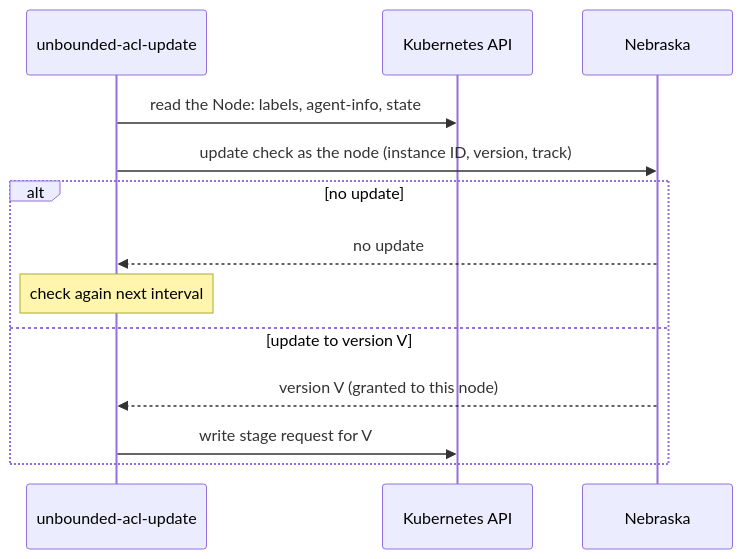
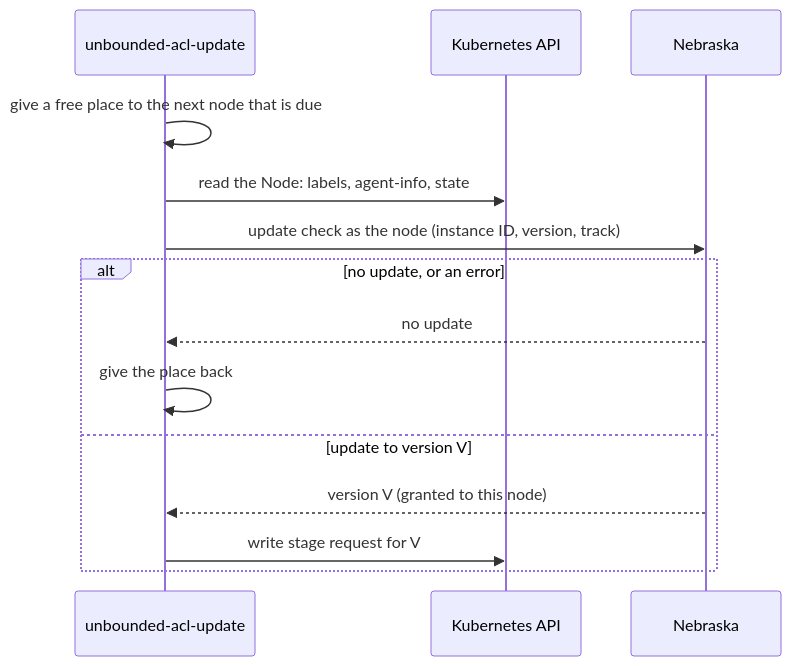
One commit to Azure/unbounded changed the fourth of 6 diagrams in designs/unbounded-acl-update.md. Above: the diagram before and after it, drawn with Mermaid. The commit also changed other lines of this file, not shown here.

````diff
--- a/designs/unbounded-acl-update.md
+++ b/designs/unbounded-acl-update.md
@@ -316,16 +402,17 @@
 ```mermaid
 sequenceDiagram
     participant Service as unbounded-acl-update
     participant API as Kubernetes API
     participant Nebraska
 
+    Service->>Service: give a free place to the next node that is due
     Service->>API: read the Node: labels, agent-info, state
     Service->>Nebraska: update check as the node (instance ID, version, track)
-    alt no update
+    alt no update, or an error
         Nebraska-->>Service: no update
-        Note over Service: check again next interval
+        Service->>Service: give the place back
     else update to version V
         Nebraska-->>Service: version V (granted to this node)
         Service->>API: write stage request for V
     end
 ```
````
